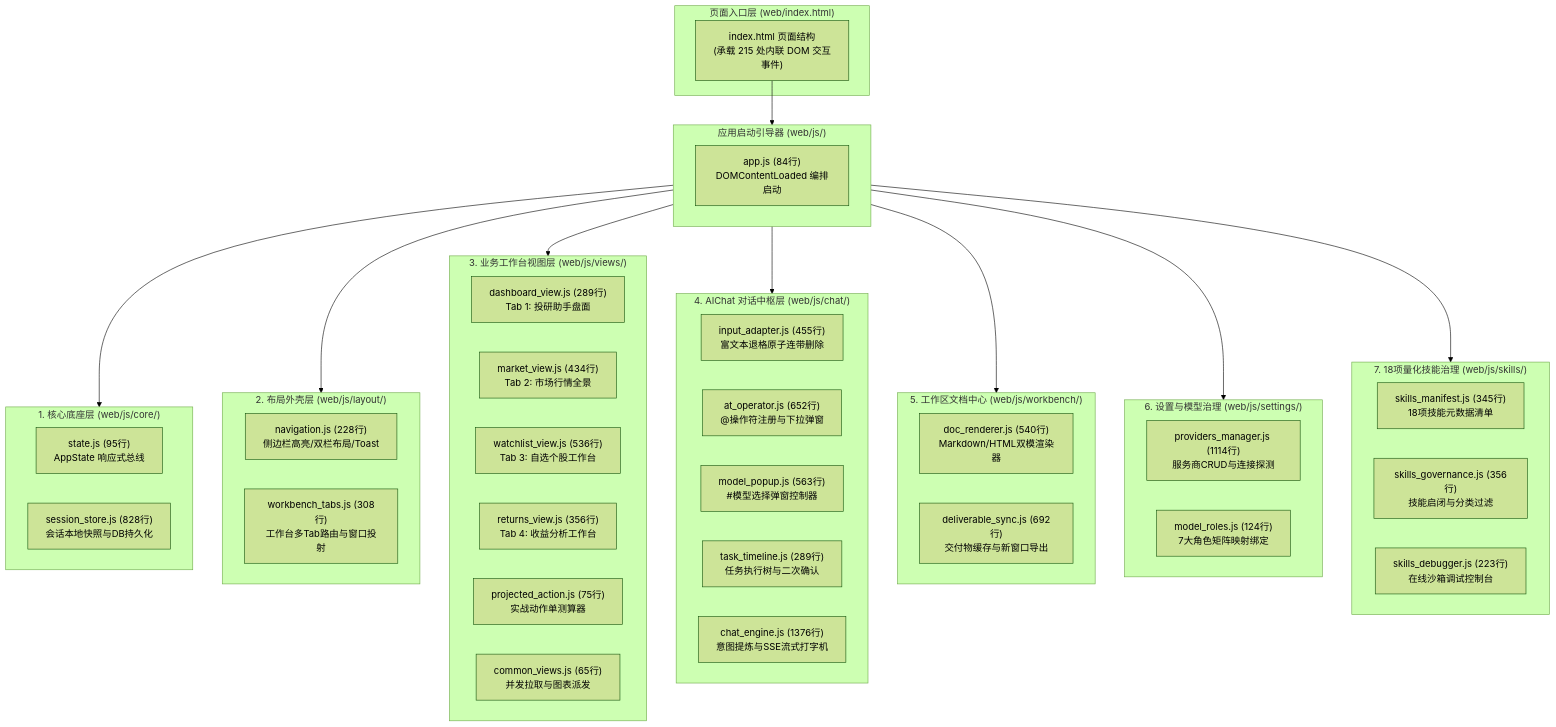
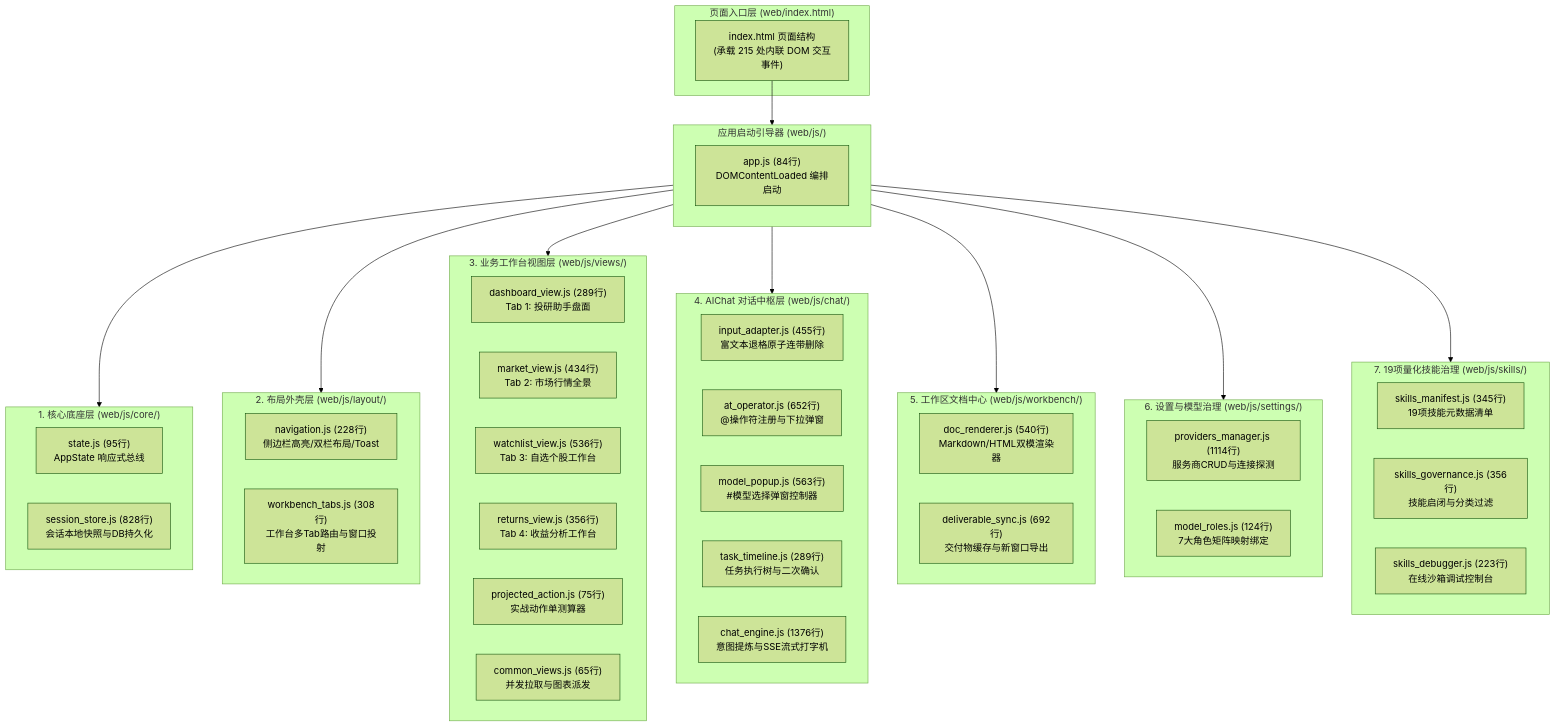
One commit to cvdnn/a_stock_agents changed the diagram in docs/guidelines/ui/app-js-modularization-guide.md. Above: the diagram before and after it, drawn with Mermaid (forest theme). The commit also changed other lines of this file and 21 other files, not shown here.

````diff
--- a/docs/guidelines/ui/app-js-modularization-guide.md
+++ b/docs/guidelines/ui/app-js-modularization-guide.md
@@ -38,62 +38,62 @@
 ```mermaid
 flowchart TB
     subgraph ClientShell["页面入口层 (web/index.html)"]
         HTML["index.html 页面结构\n(承载 215 处内联 DOM 交互事件)"]
     end
 
     subgraph CoreLayer["1. 核心底座层 (web/js/core/)"]
         State["state.js (95行)\nAppState 响应式总线"]
         Store["session_store.js (828行)\n会话本地快照与DB持久化"]
     end
 
     subgraph LayoutLayer["2. 布局外壳层 (web/js/layout/)"]
         Nav["navigation.js (228行)\n侧边栏高亮/双栏布局/Toast"]
         Tabs["workbench_tabs.js (308行)\n工作台多Tab路由与窗口投射"]
     end
 
     subgraph ViewsLayer["3. 业务工作台视图层 (web/js/views/)"]
         V_Dash["dashboard_view.js (289行)\nTab 1: 投研助手盘面"]
         V_Mkt["market_view.js (434行)\nTab 2: 市场行情全景"]
         V_Watch["watchlist_view.js (536行)\nTab 3: 自选个股工作台"]
         V_Ret["returns_view.js (356行)\nTab 4: 收益分析工作台"]
         V_Act["projected_action.js (75行)\n实战动作单测算器"]
         V_Com["common_views.js (65行)\n并发拉取与图表派发"]
     end
 
     subgraph ChatLayer["4. AIChat 对话中枢层 (web/js/chat/)"]
         C_In["input_adapter.js (455行)\n富文本退格原子连带删除"]
         C_At["at_operator.js (652行)\n@操作符注册与下拉弹窗"]
         C_Mod["model_popup.js (563行)\n#模型选择弹窗控制器"]
         C_Tree["task_timeline.js (289行)\n任务执行树与二次确认"]
         C_Eng["chat_engine.js (1376行)\n意图提炼与SSE流式打字机"]
     end
 
     subgraph WorkbenchLayer["5. 工作区文档中心 (web/js/workbench/)"]
         W_Doc["doc_renderer.js (540行)\nMarkdown/HTML双模渲染器"]
         W_Sync["deliverable_sync.js (692行)\n交付物缓存与新窗口导出"]
     end
 
     subgraph SettingsLayer["6. 设置与模型治理 (web/js/settings/)"]
         S_Prov["providers_manager.js (1114行)\n服务商CRUD与连接探测"]
         S_Role["model_roles.js (124行)\n7大角色矩阵映射绑定"]
     end
 
-    subgraph SkillsLayer["7. 18项量化技能治理 (web/js/skills/)"]
-        K_Man["skills_manifest.js (345行)\n18项技能元数据清单"]
+    subgraph SkillsLayer["7. 19项量化技能治理 (web/js/skills/)"]
+        K_Man["skills_manifest.js (345行)\n19项技能元数据清单"]
         K_Gov["skills_governance.js (356行)\n技能启闭与分类过滤"]
         K_Dbg["skills_debugger.js (223行)\n在线沙箱调试控制台"]
     end
 
     subgraph Bootstrap["应用启动引导器 (web/js/)"]
         App["app.js (84行)\nDOMContentLoaded 编排启动"]
     end
 
     HTML --> Bootstrap
     Bootstrap --> CoreLayer
     Bootstrap --> LayoutLayer
     Bootstrap --> ViewsLayer
     Bootstrap --> ChatLayer
     Bootstrap --> WorkbenchLayer
     Bootstrap --> SettingsLayer
     Bootstrap --> SkillsLayer
 ```
````
